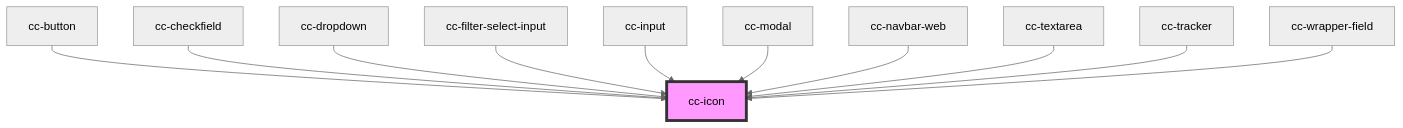
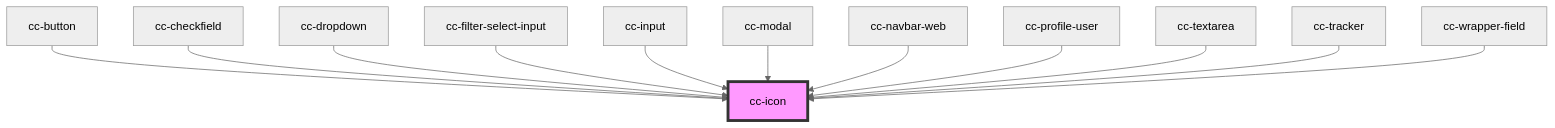
One commit to lacafetalab/cafeta-components changed the diagram in packages/core/src/components/cc-icon/readme.md. Above: the diagram before and after it, drawn with Mermaid (neutral theme). The commit also changed other lines of this file and 6 other files, not shown here.

Commit message:
FEAT(COMPONENT-PROFILE-USER):COMPONENT-PROFILE-USER

````diff
--- a/packages/core/src/components/cc-icon/readme.md
+++ b/packages/core/src/components/cc-icon/readme.md
@@ -32,14 +33,15 @@
 ```mermaid
 graph TD;
   cc-button --> cc-icon
   cc-checkfield --> cc-icon
   cc-dropdown --> cc-icon
   cc-filter-select-input --> cc-icon
   cc-input --> cc-icon
   cc-modal --> cc-icon
   cc-navbar-web --> cc-icon
+  cc-profile-user --> cc-icon
   cc-textarea --> cc-icon
   cc-tracker --> cc-icon
   cc-wrapper-field --> cc-icon
   style cc-icon fill:#f9f,stroke:#333,stroke-width:4px
 ```
````
